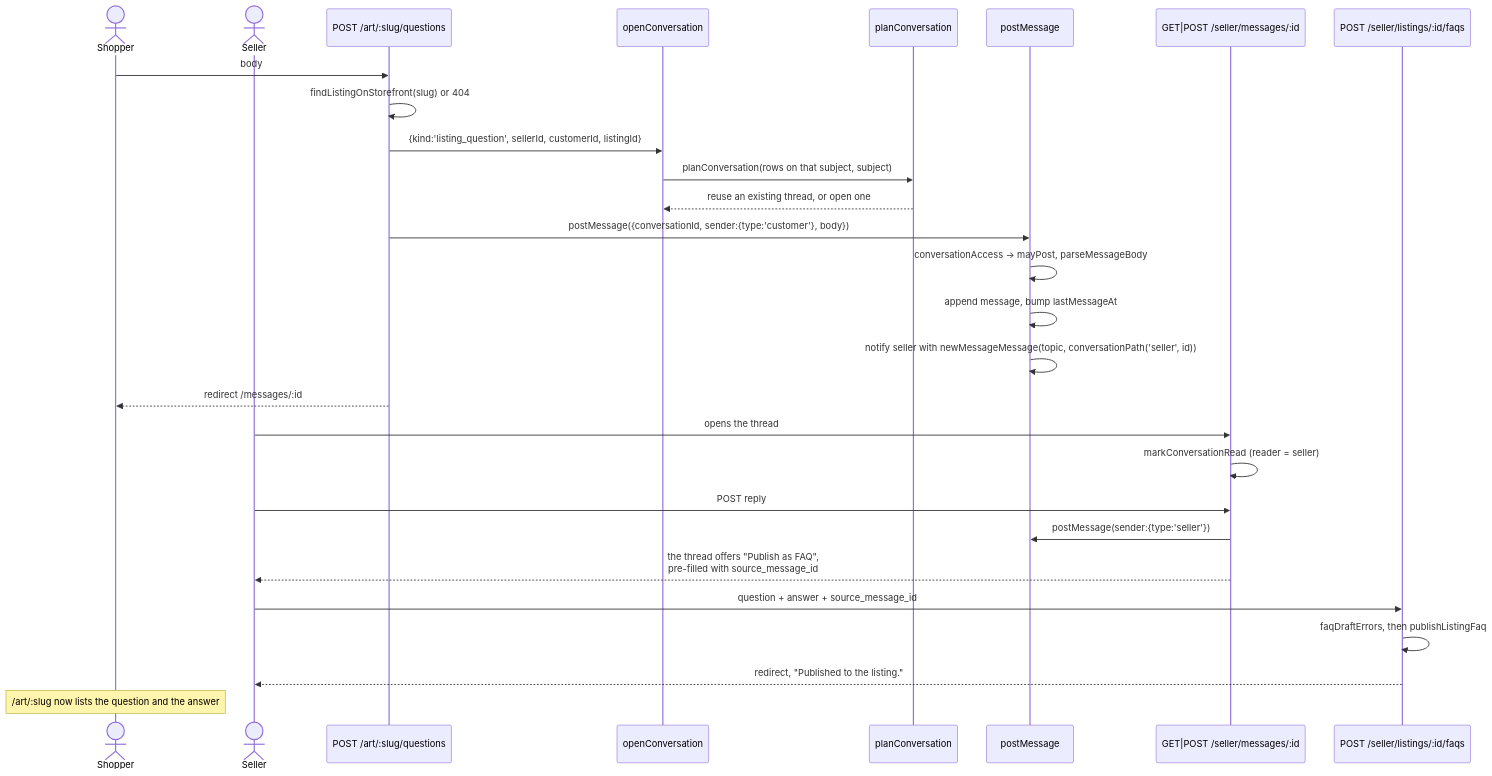
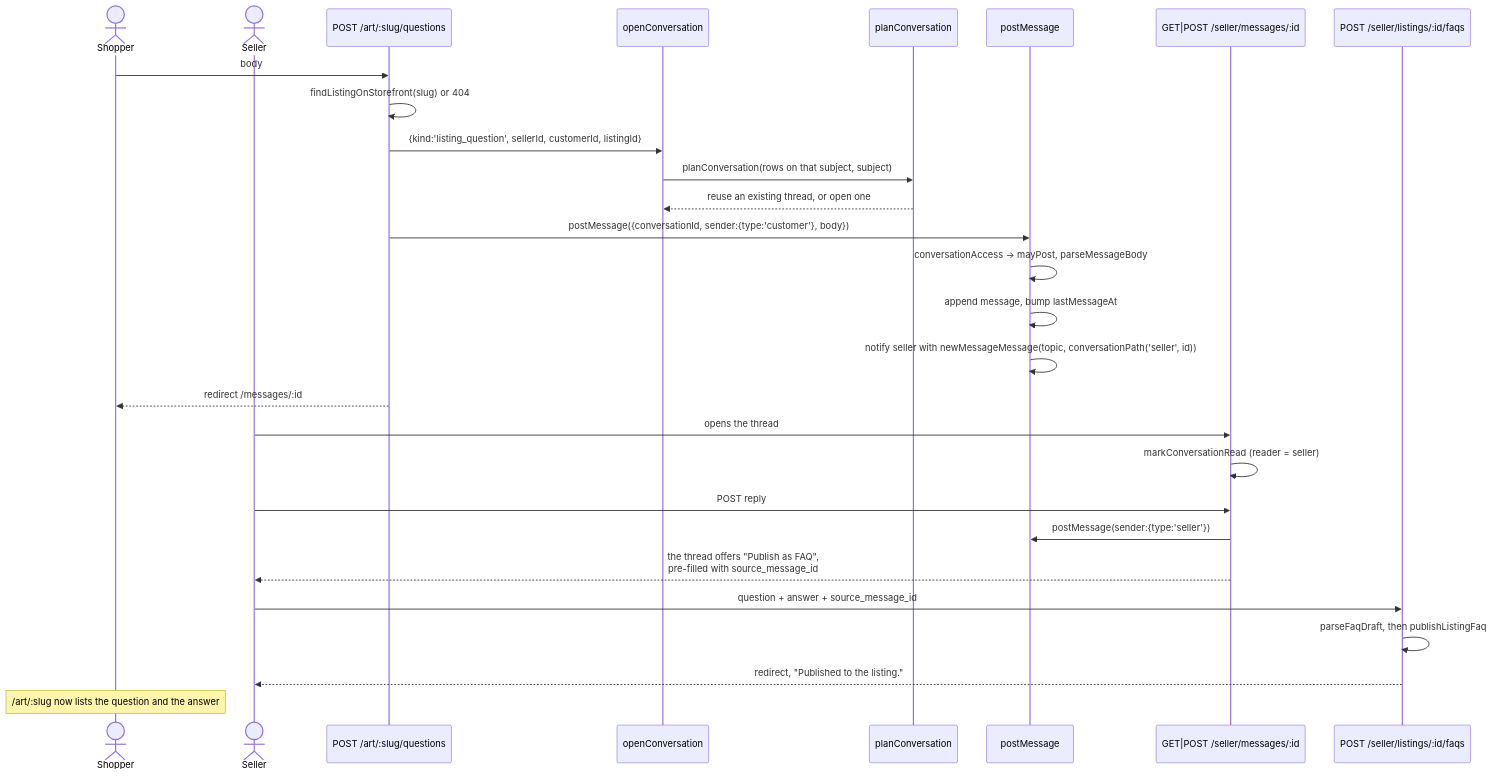
Before and after one commit to jonathan-beebe/art-store: the first of 3 diagrams in prototype/node/docs/messaging.md, drawn with Mermaid. The commit also changed other lines of this file and 404 other files, not shown here.

First line of the commit message:
refactor[node]: doctrine sweep — node:sqlite, route schemas, transactions, outbox, SSE, production image [NO-TICKET] (#4)

````diff
--- a/prototype/node/docs/messaging.md
+++ b/prototype/node/docs/messaging.md
@@ -47,32 +47,32 @@
 ```mermaid
 sequenceDiagram
     actor Shopper
     actor Seller
     participant Ask as POST /art/:slug/questions
     participant Open as openConversation
     participant Plan as planConversation
     participant Post as postMessage
     participant Thread as GET|POST /seller/messages/:id
     participant Publish as POST /seller/listings/:id/faqs
 
     Shopper->>Ask: body
     Ask->>Ask: findListingOnStorefront(slug) or 404
     Ask->>Open: {kind:'listing_question', sellerId, customerId, listingId}
     Open->>Plan: planConversation(rows on that subject, subject)
     Plan-->>Open: reuse an existing thread, or open one
     Ask->>Post: postMessage({conversationId, sender:{type:'customer'}, body})
     Post->>Post: conversationAccess -> mayPost, parseMessageBody
     Post->>Post: append message, bump lastMessageAt
     Post->>Post: notify seller with newMessageMessage(topic, conversationPath('seller', id))
     Ask-->>Shopper: redirect /messages/:id
 
     Seller->>Thread: opens the thread
     Thread->>Thread: markConversationRead (reader = seller)
     Seller->>Thread: POST reply
     Thread->>Post: postMessage(sender:{type:'seller'})
     Thread-->>Seller: the thread offers "Publish as FAQ",<br/>pre-filled with source_message_id
     Seller->>Publish: question + answer + source_message_id
-    Publish->>Publish: faqDraftErrors, then publishListingFaq
+    Publish->>Publish: parseFaqDraft, then publishListingFaq
     Publish-->>Seller: redirect, "Published to the listing."
     Note over Shopper: /art/:slug now lists the question and the answer
 ```
````
